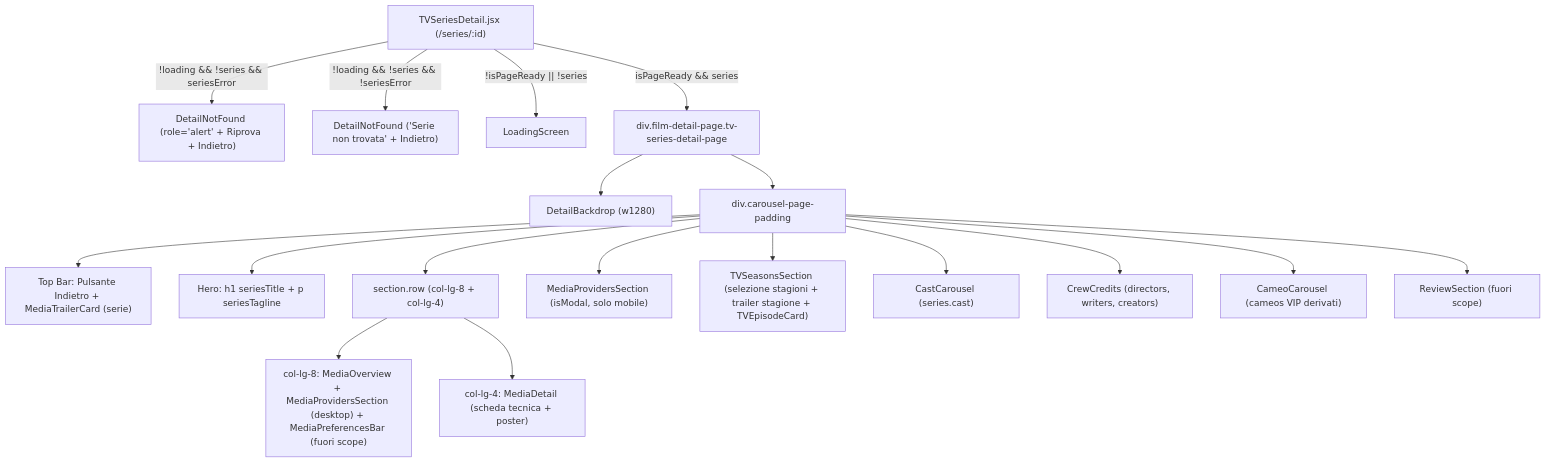
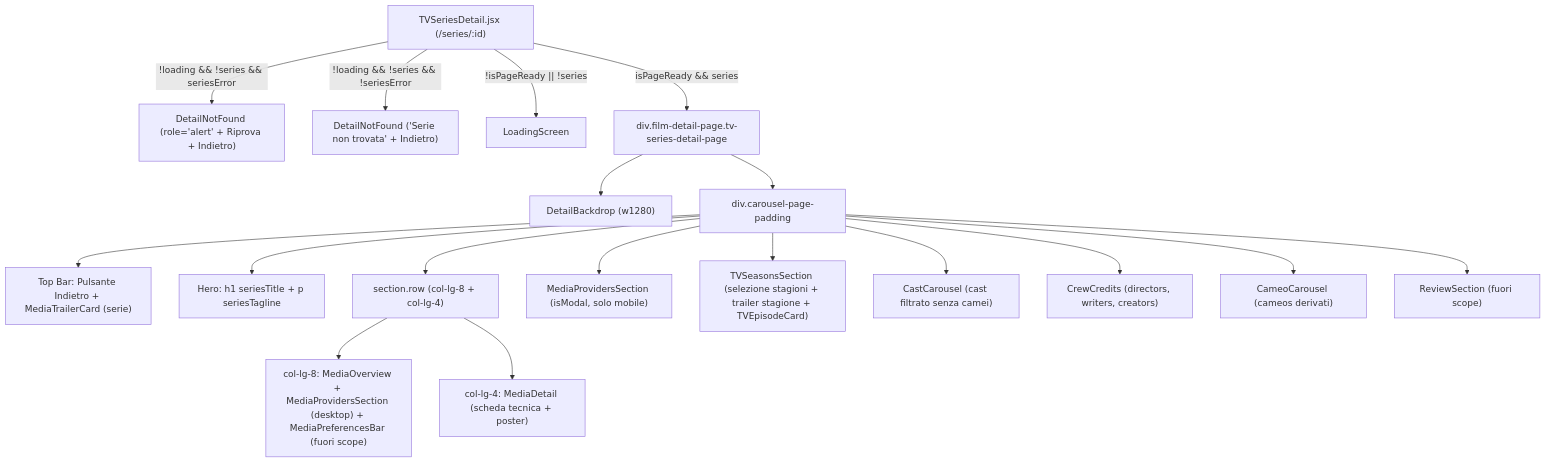
Before and after one commit to Lorenzo207378/Cameos: the second of 2 diagrams in docs/pages/tv-series-detail.md, drawn with Mermaid. The commit also changed other lines of this file and 89 other files, not shown here.

Commit message:
refactor: update return types in components to use ReactElement for better type safety. Rename getSeriesVipCameos to getSeriesCameos for consistency. Clean up unused CSS and improve media provider rendering logic.

````diff
--- a/docs/pages/tv-series-detail.md
+++ b/docs/pages/tv-series-detail.md
@@ -120,22 +121,22 @@
 ```mermaid
 flowchart TD
     Route["TVSeriesDetail.jsx (/series/:id)"]
     Route -->|"!loading && !series && seriesError"| Err["DetailNotFound (role='alert' + Riprova + Indietro)"]
     Route -->|"!loading && !series && !seriesError"| NF["DetailNotFound ('Serie non trovata' + Indietro)"]
     Route -->|"!isPageReady || !series"| Loader["LoadingScreen"]
     Route -->|"isPageReady && series"| Page["div.film-detail-page.tv-series-detail-page"]
 
     Page --> Bg["DetailBackdrop (w1280)"]
     Page --> Content["div.carousel-page-padding"]
     Content --> TopBar["Top Bar: Pulsante Indietro + MediaTrailerCard (serie)"]
     Content --> Heading["Hero: h1 seriesTitle + p seriesTagline"]
     Content --> Grid["section.row (col-lg-8 + col-lg-4)"]
     Grid --> Left["col-lg-8: MediaOverview + MediaProvidersSection (desktop) + MediaPreferencesBar (fuori scope)"]
     Grid --> Right["col-lg-4: MediaDetail (scheda tecnica + poster)"]
     Content --> MobileModal["MediaProvidersSection (isModal, solo mobile)"]
     Content --> Seasons["TVSeasonsSection (selezione stagioni + trailer stagione + TVEpisodeCard)"]
-    Content --> Cast["CastCarousel (series.cast)"]
+    Content --> Cast["CastCarousel (cast filtrato senza camei)"]
     Content --> Crew["CrewCredits (directors, writers, creators)"]
-    Content --> Cameos["CameoCarousel (cameos VIP derivati)"]
+    Content --> Cameos["CameoCarousel (cameos derivati)"]
     Content --> Reviews["ReviewSection (fuori scope)"]
 ```
````
